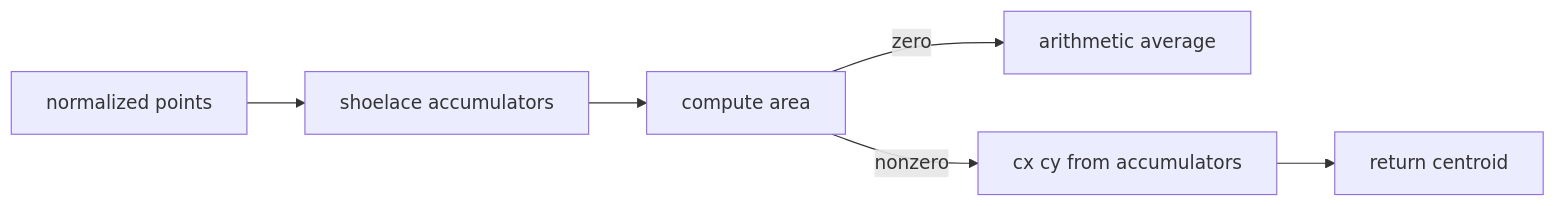
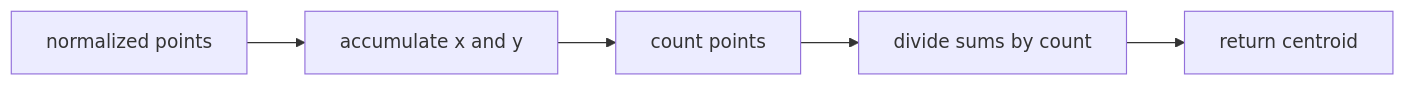
One commit to Gh0st352/AETHR changed the fifth of 5 diagrams in docs/math/README.md. Above: the diagram before and after it, drawn with Mermaid. The commit also changed other lines of this file and 7 other files, not shown here.

Commit message:
docs: add comprehensive documentation for MATH module, including angles, equality, centroid, orientation, randomization, vectors, and computeRatio functionalities

````diff
--- a/docs/math/README.md
+++ b/docs/math/README.md
@@ -80,8 +92,7 @@
 ```mermaid
 flowchart LR
-  PTS[normalized points] --> SHOE[shoelace accumulators]
-  SHOE --> AREA[compute area]
-  AREA -->|zero| AVG[arithmetic average]
-  AREA -->|nonzero| CXY[cx cy from accumulators]
-  CXY --> RET[return centroid]
+  PTS[normalized points] --> SUM[accumulate x and y]
+  SUM --> CNT[count points]
+  CNT --> AVG[divide sums by count]
+  AVG --> RET[return centroid]
 ```
````
